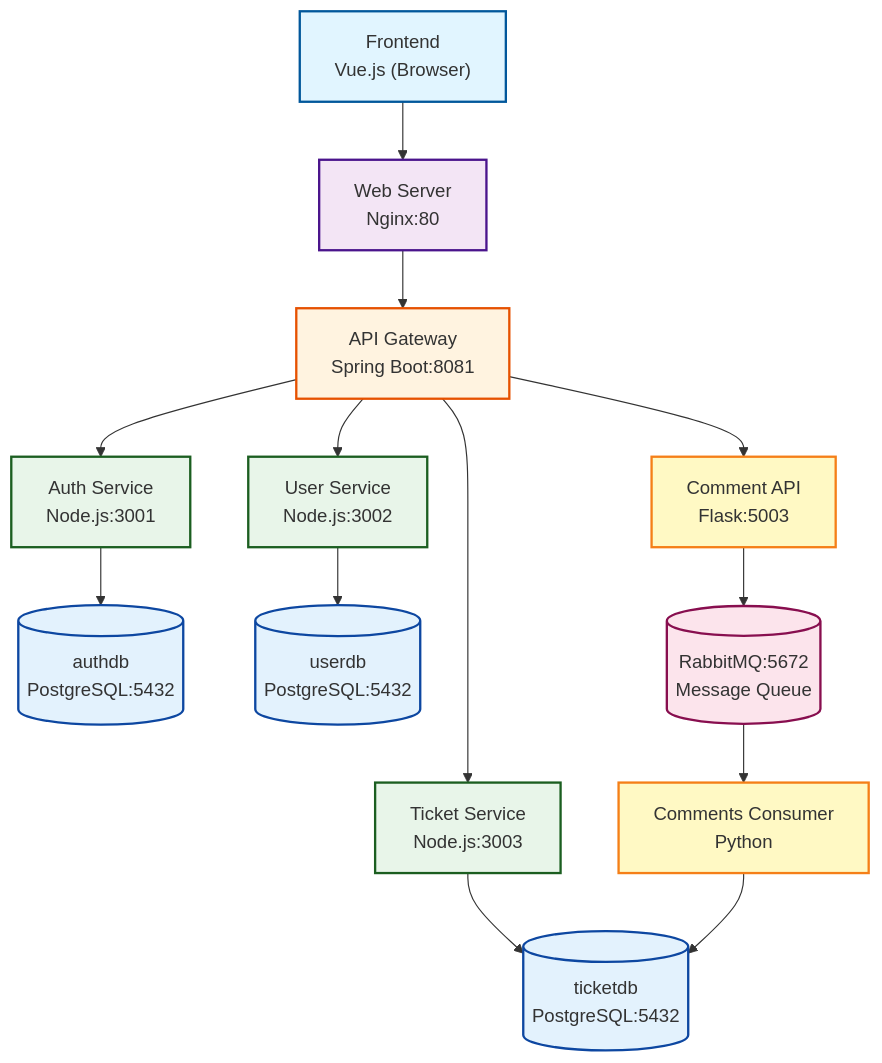
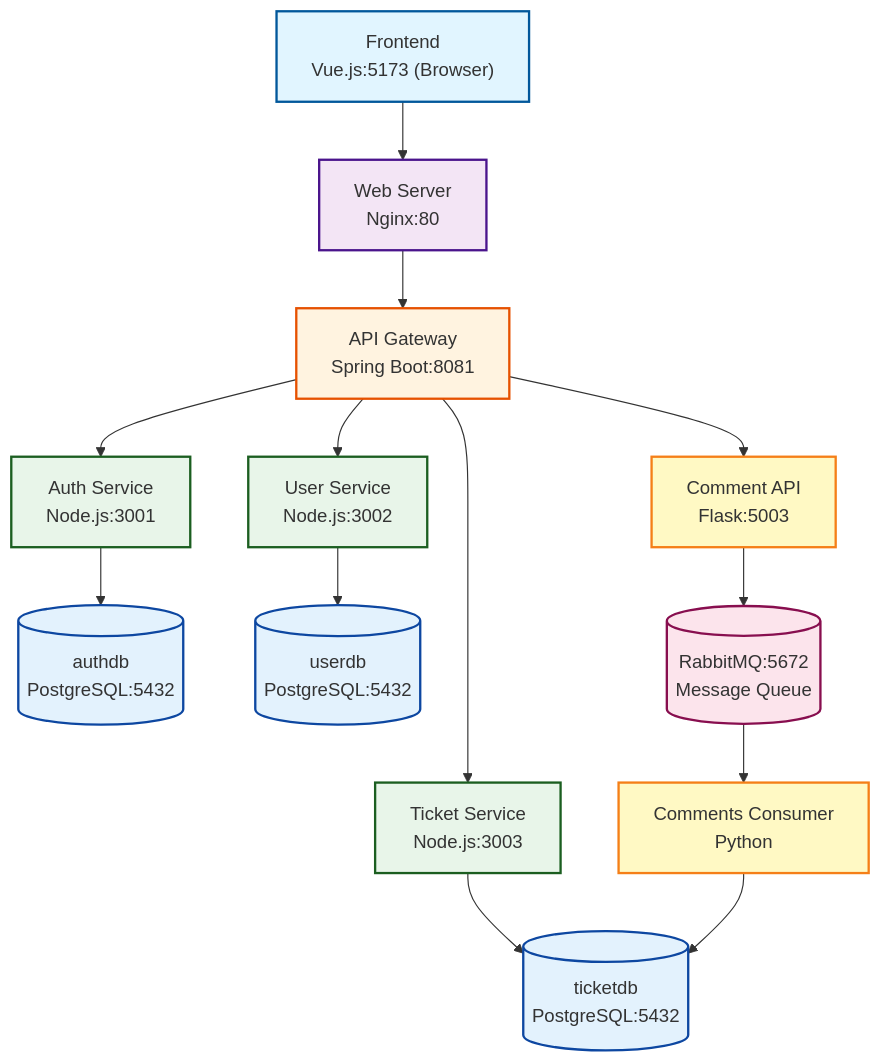
The diagram in documentation/ARCHITECTURE.md (antoninofoti/fix-this-stuff), drawn with Mermaid before and after one commit. The commit also changed 1 other file, not shown here.

Commit message:
fix architecture image visualization

````diff
--- a/documentation/ARCHITECTURE.md
+++ b/documentation/ARCHITECTURE.md
@@ -5,50 +5,50 @@
 ```mermaid
 graph TD
-    Frontend["Frontend<br/>Vue.js (Browser)"]
+    Frontend["Frontend<br/>Vue.js:5173 (Browser)"]
     Nginx["Web Server<br/>Nginx:80"]
     Gateway["API Gateway<br/>Spring Boot:8081"]
     
     AuthService["Auth Service<br/>Node.js:3001"]
     UserService["User Service<br/>Node.js:3002"]
     TicketService["Ticket Service<br/>Node.js:3003"]
     CommentAPI["Comment API<br/>Flask:5003"]
     
     AuthDB[("authdb<br/>PostgreSQL:5432")]
     UserDB[("userdb<br/>PostgreSQL:5432")]
     TicketDB[("ticketdb<br/>PostgreSQL:5432")]
     
     RabbitMQ[("RabbitMQ:5672<br/>Message Queue")]
     Consumer["Comments Consumer<br/>Python"]
     
     Frontend --> Nginx
     Nginx --> Gateway
     
     Gateway --> AuthService
     Gateway --> UserService
     Gateway --> TicketService
     
     AuthService --> AuthDB
     UserService --> UserDB
     TicketService --> TicketDB
     
     Gateway --> CommentAPI
     CommentAPI --> RabbitMQ
     RabbitMQ --> Consumer
     Consumer --> TicketDB
     
     classDef frontend fill:#e1f5ff,stroke:#01579b,stroke-width:2px
     classDef webserver fill:#f3e5f5,stroke:#4a148c,stroke-width:2px
     classDef gateway fill:#fff3e0,stroke:#e65100,stroke-width:2px
     classDef nodeService fill:#e8f5e9,stroke:#1b5e20,stroke-width:2px
     classDef pythonService fill:#fff9c4,stroke:#f57f17,stroke-width:2px
     classDef database fill:#e3f2fd,stroke:#0d47a1,stroke-width:2px
     classDef queue fill:#fce4ec,stroke:#880e4f,stroke-width:2px
     
     class Frontend frontend
     class Nginx webserver
     class Gateway gateway
     class AuthService,UserService,TicketService nodeService
     class CommentAPI,Consumer pythonService
     class AuthDB,UserDB,TicketDB database
     class RabbitMQ queue
 ```
````
